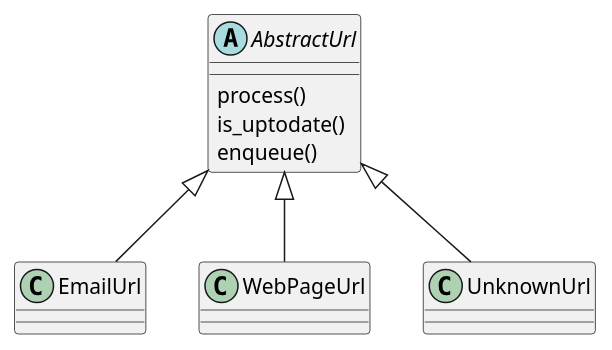
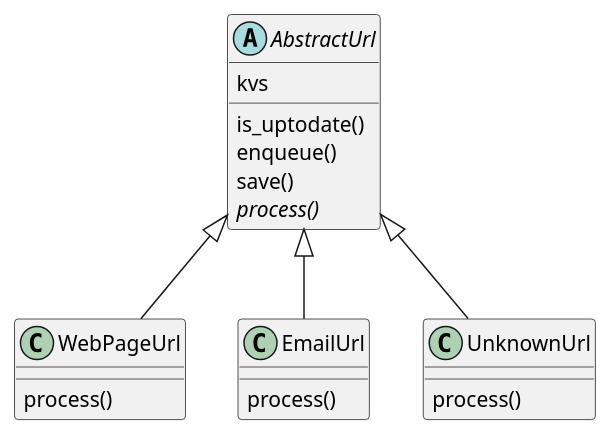
The diagram in design/urls_class.puml (brochwerger/crawler), drawn with PlantUML before and after one commit. The commit also changed 7 other files, not shown here.

Commit message:
- Added diagrams to capture the solution with the redis kvs

```diff
--- a/design/urls_class.puml
+++ b/design/urls_class.puml
@@ -1,13 +1,27 @@
 @startuml
 
 abstract class AbstractUrl {
-  process()
+  kvs
   is_uptodate()
   enqueue()
+  save()
+  {abstract} process()
+}
+
+class WebPageUrl {
+ process()
+}
+
+class EmailUrl {
+ process()
+}
+
+class UnknownUrl {
+ process()
 }
 
 AbstractUrl <|-- EmailUrl
 AbstractUrl <|-- WebPageUrl
 AbstractUrl <|-- UnknownUrl
 
 @enduml
```
